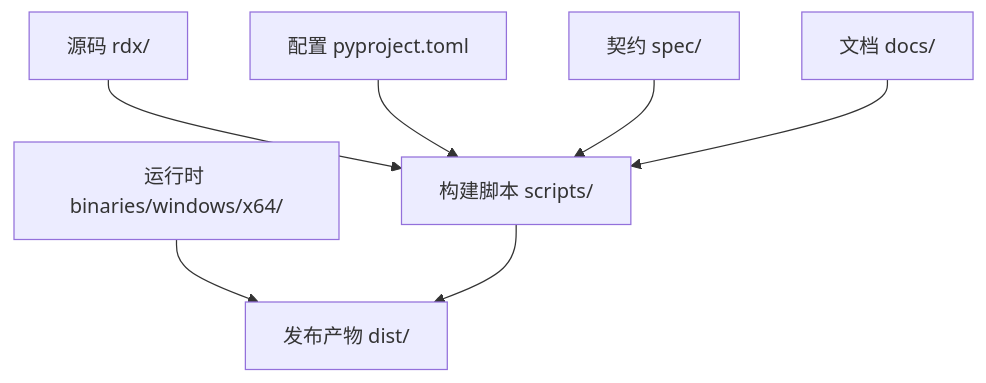
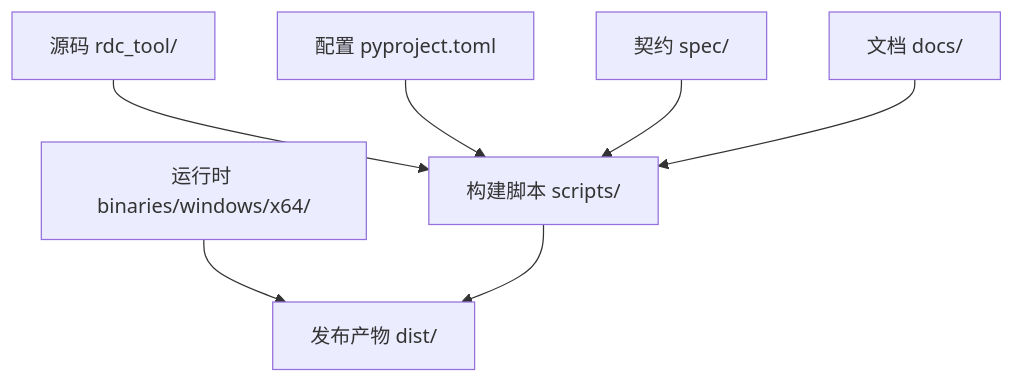
The first of 6 diagrams in .qoder/repowiki/zh/content/开发指南/构建和发布.md (haolange/RDC-Tool), drawn with Mermaid before and after one commit. The commit also changed other lines of this file and 388 other files, not shown here.

First line of the commit message:
Release RDC-Tool identity and public maintenance surface

````diff
--- a/.qoder/repowiki/zh/content/开发指南/构建和发布.md
+++ b/.qoder/repowiki/zh/content/开发指南/构建和发布.md
@@ -50,9 +50,9 @@
 ```mermaid
 graph TB
-A["源码 rdx/"] --> B["构建脚本 scripts/"]
+A["源码 rdc_tool/"] --> B["构建脚本 scripts/"]
 C["配置 pyproject.toml"] --> B
 D["运行时 binaries/windows/x64/"] --> E["发布产物 dist/"]
 B --> E
 F["契约 spec/"] --> B
 G["文档 docs/"] --> B
 ```
````
